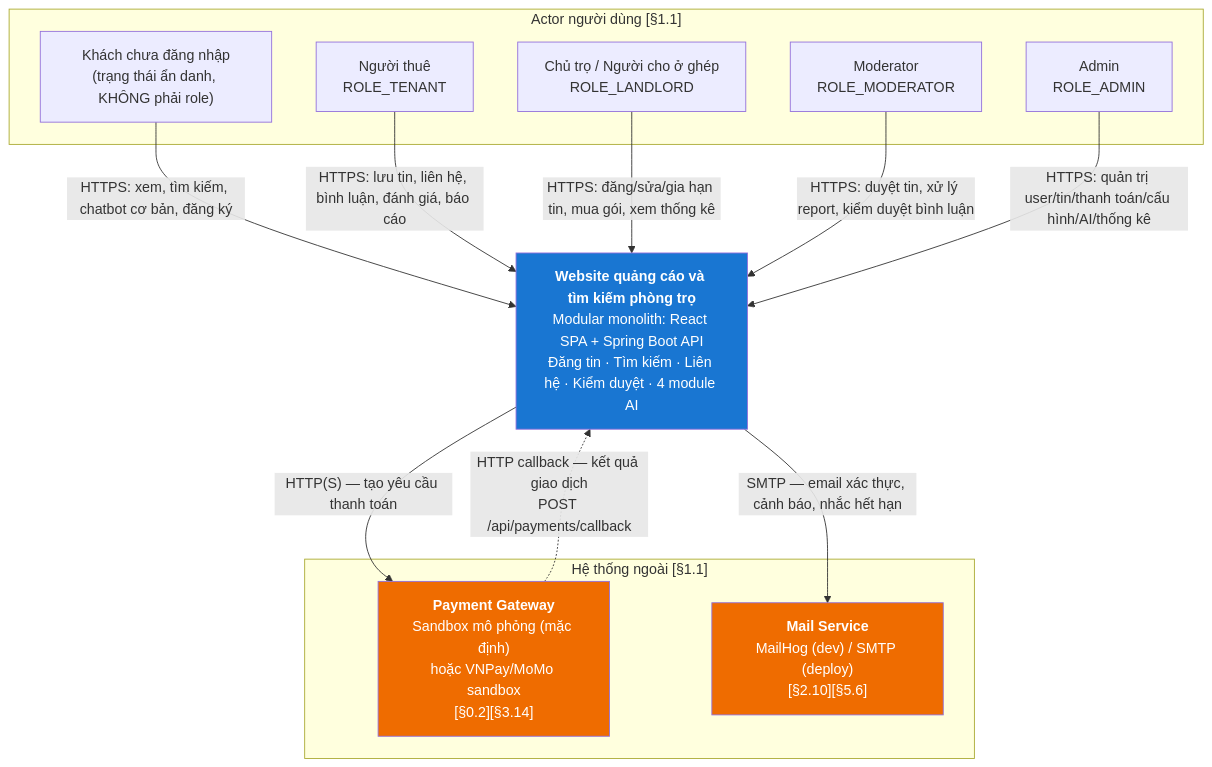
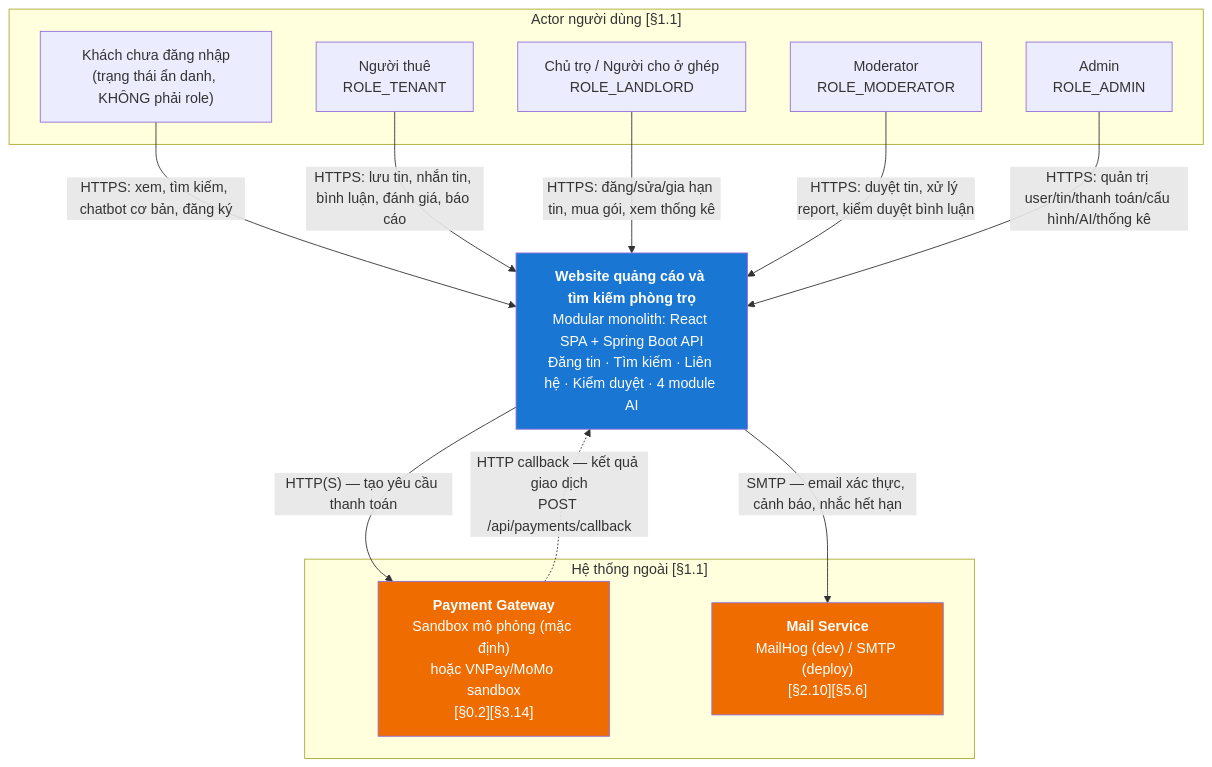
One commit to hoanxsyp/DoAnTotNghiep_Web changed the second of 14 diagrams in DOANTOTNGHIEP/docs/01_KIEN_TRUC_HE_THONG.md. Above: the diagram before and after it, drawn with Mermaid. The commit also changed other lines of this file and 74 other files, not shown here.

````diff
--- a/DOANTOTNGHIEP/docs/01_KIEN_TRUC_HE_THONG.md
+++ b/DOANTOTNGHIEP/docs/01_KIEN_TRUC_HE_THONG.md
@@ -112,31 +112,31 @@
 ```mermaid
 graph TB
     subgraph Actor_nguoi["Actor người dùng [§1.1]"]
         GUEST["Khách chưa đăng nhập<br/>(trạng thái ẩn danh, KHÔNG phải role)"]
         TENANT["Người thuê<br/>ROLE_TENANT"]
         LANDLORD["Chủ trọ / Người cho ở ghép<br/>ROLE_LANDLORD"]
         MOD["Moderator<br/>ROLE_MODERATOR"]
         ADMIN["Admin<br/>ROLE_ADMIN"]
     end
 
     SYS["<b>Website quảng cáo và tìm kiếm phòng trọ</b><br/>Modular monolith: React SPA + Spring Boot API<br/>Đăng tin · Tìm kiếm · Liên hệ · Kiểm duyệt · 4 module AI"]
 
     subgraph Actor_ngoai["Hệ thống ngoài [§1.1]"]
         PG["<b>Payment Gateway</b><br/>Sandbox mô phỏng (mặc định)<br/>hoặc VNPay/MoMo sandbox<br/>[§0.2][§3.14]"]
         MAIL["<b>Mail Service</b><br/>MailHog (dev) / SMTP (deploy)<br/>[§2.10][§5.6]"]
     end
 
     GUEST -->|"HTTPS: xem, tìm kiếm, chatbot cơ bản, đăng ký"| SYS
-    TENANT -->|"HTTPS: lưu tin, liên hệ, bình luận, đánh giá, báo cáo"| SYS
+    TENANT -->|"HTTPS: lưu tin, nhắn tin, bình luận, đánh giá, báo cáo"| SYS
     LANDLORD -->|"HTTPS: đăng/sửa/gia hạn tin, mua gói, xem thống kê"| SYS
     MOD -->|"HTTPS: duyệt tin, xử lý report, kiểm duyệt bình luận"| SYS
     ADMIN -->|"HTTPS: quản trị user/tin/thanh toán/cấu hình/AI/thống kê"| SYS
 
     SYS -->|"HTTP(S) — tạo yêu cầu thanh toán"| PG
     PG -.->|"HTTP callback — kết quả giao dịch<br/>POST /api/payments/callback"| SYS
     SYS -->|"SMTP — email xác thực, cảnh báo, nhắc hết hạn"| MAIL
 
     style SYS fill:#1976d2,color:#fff
     style PG fill:#ef6c00,color:#fff
     style MAIL fill:#ef6c00,color:#fff
 ```
````
